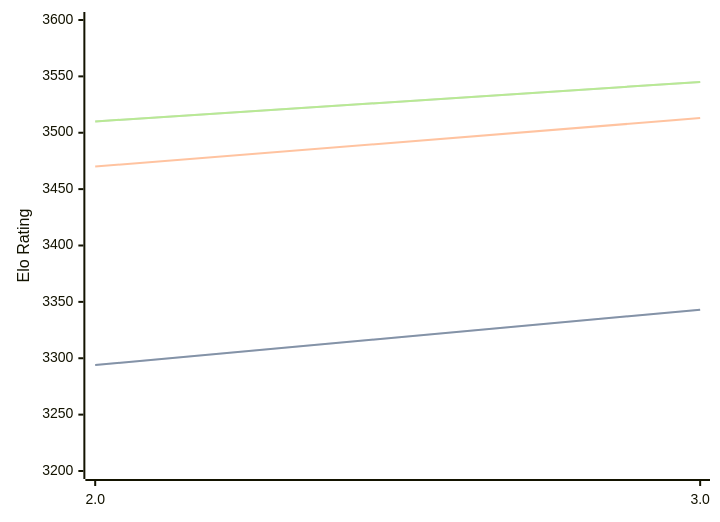
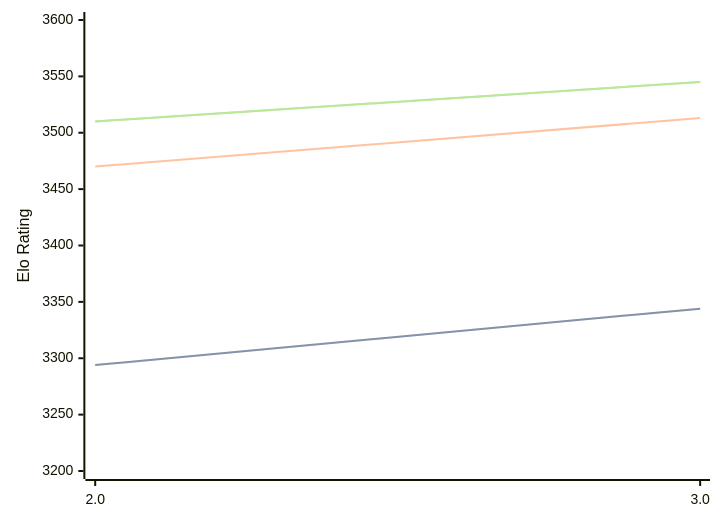
One commit to computer-chess-index/cci changed the diagram in engines/Quanticade.md. Above: the diagram before and after it, drawn with Mermaid. The commit also changed other lines of this file, not shown here.

````diff
--- a/engines/Quanticade.md
+++ b/engines/Quanticade.md
@@ -32,11 +32,11 @@
 ```mermaid
 %%{init: {"theme":"base","themeVariables":{"seriesColors:['#a3a3a3','#222221','#faa371']}}}%%
 xychart-beta
   x-axis ["2.0", "3.0"]
   y-axis "Elo Rating" 3200 --> 3600
-  line "STC (8.0+0.08s)" [3294, 3343]
-  line "STC (8.0+0.08s)" [3294, 3343]
+  line "STC (8.0+0.08s)" [3294, 3344]
+  line "STC (8.0+0.08s)" [3294, 3344]
   line "LTC (60.0+0.60s)" [3470, 3513]
   line "VLTC (2m24s+1.12s)" [3510, 3545]
   line "VLTC (2m24s+1.12s)" [3510, 3545]
 ```
````
